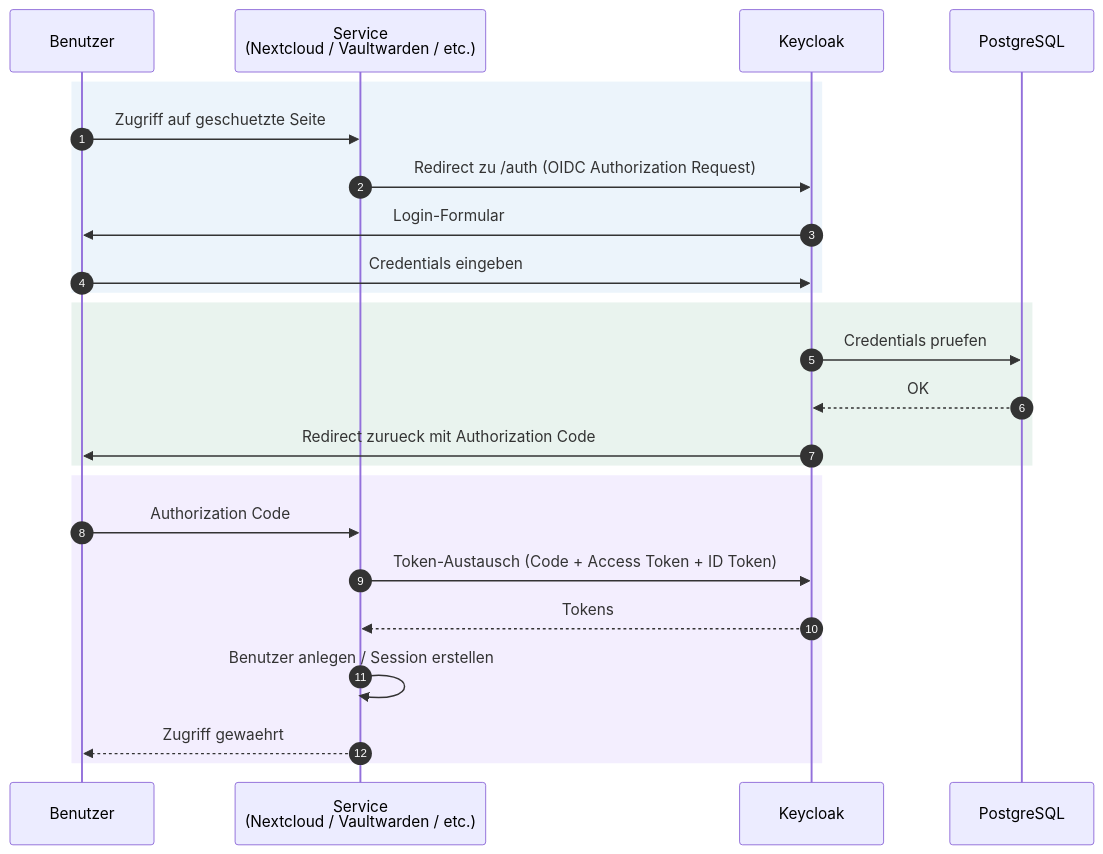
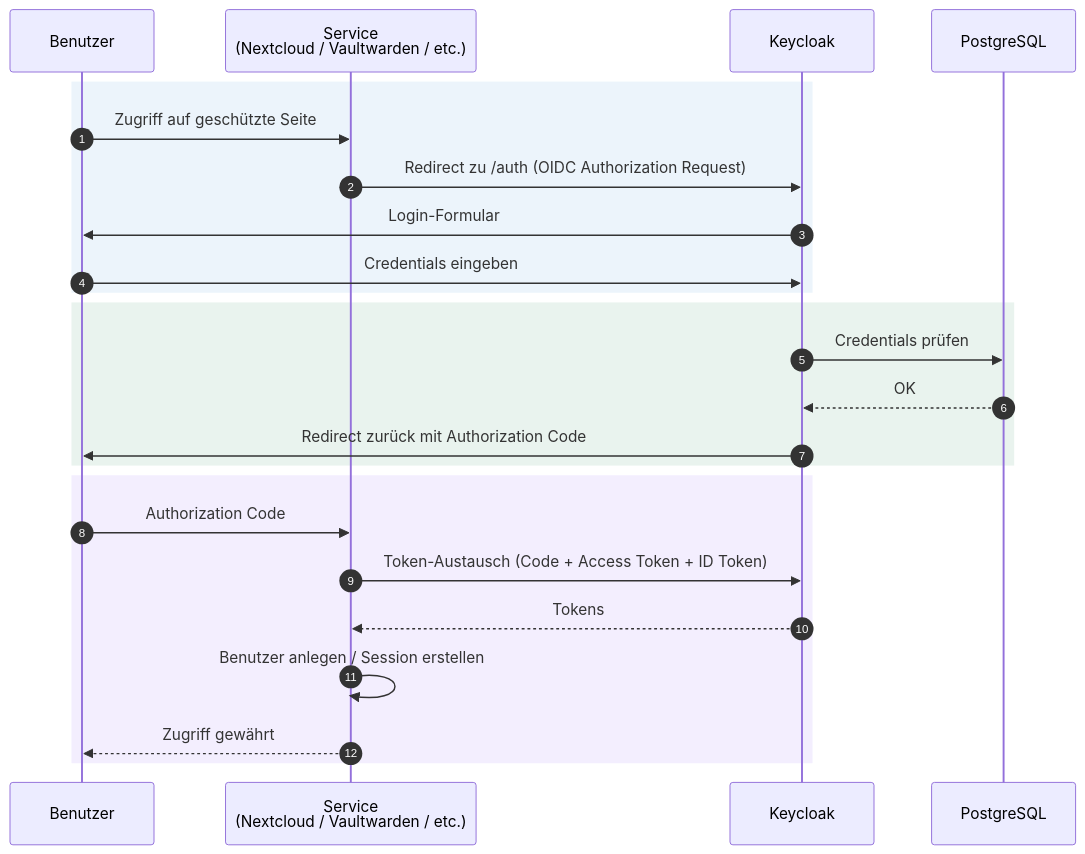
One commit to Paddione/Bachelorprojekt changed the second of 3 diagrams in k3d/docs-content/README.md. Above: the diagram before and after it, drawn with Mermaid. The commit also changed other lines of this file and 4 other files, not shown here.

````diff
--- a/k3d/docs-content/README.md
+++ b/k3d/docs-content/README.md
@@ -117,30 +129,30 @@
 ```mermaid
 sequenceDiagram
     autonumber
 
     participant U as Benutzer
     participant S as Service<br/>(Nextcloud / Vaultwarden / etc.)
     participant KC as Keycloak
     participant DB as PostgreSQL
 
     rect rgba(74, 144, 217, 0.1)
-        U->>S: Zugriff auf geschuetzte Seite
+        U->>S: Zugriff auf geschützte Seite
         S->>KC: Redirect zu /auth (OIDC Authorization Request)
         KC->>U: Login-Formular
         U->>KC: Credentials eingeben
     end
 
     rect rgba(45, 134, 89, 0.1)
-        KC->>DB: Credentials pruefen
+        KC->>DB: Credentials prüfen
         DB-->>KC: OK
-        KC->>U: Redirect zurueck mit Authorization Code
+        KC->>U: Redirect zurück mit Authorization Code
     end
 
     rect rgba(139, 92, 246, 0.1)
         U->>S: Authorization Code
         S->>KC: Token-Austausch (Code + Access Token + ID Token)
         KC-->>S: Tokens
         S->>S: Benutzer anlegen / Session erstellen
-        S-->>U: Zugriff gewaehrt
+        S-->>U: Zugriff gewährt
     end
 ```
````
